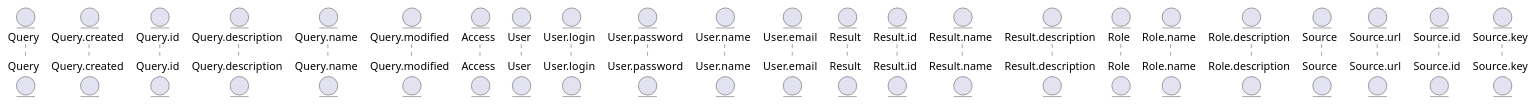
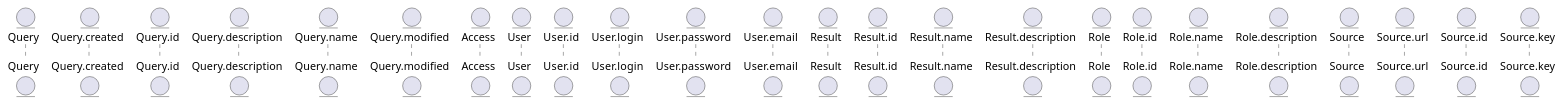
One commit to mikhmol/media-content-analyze-system changed the diagram in docs/design/README.md. Above: the diagram before and after it, drawn with PlantUML.

Commit message:
entity properties were improved

```diff
--- a/docs/design/README.md
+++ b/docs/design/README.md
@@ -6,32 +6,33 @@
 @startuml
 
 entity Query
 entity Query.created
 entity Query.id
 entity Query.description
 entity Query.name
 entity Query.modified
 
 entity Access
 
 entity User
+entity User.id
 entity User.login
 entity User.password
-entity User.name
 entity User.email
 
 entity Result
 entity Result.id
 entity Result.name
 entity Result.description
 
 entity Role
+entity Role.id
 entity Role.name
 entity Role.description
 
 entity Source
 entity Source.url
 entity Source.id
 entity Source.key
 
 @enduml
```
